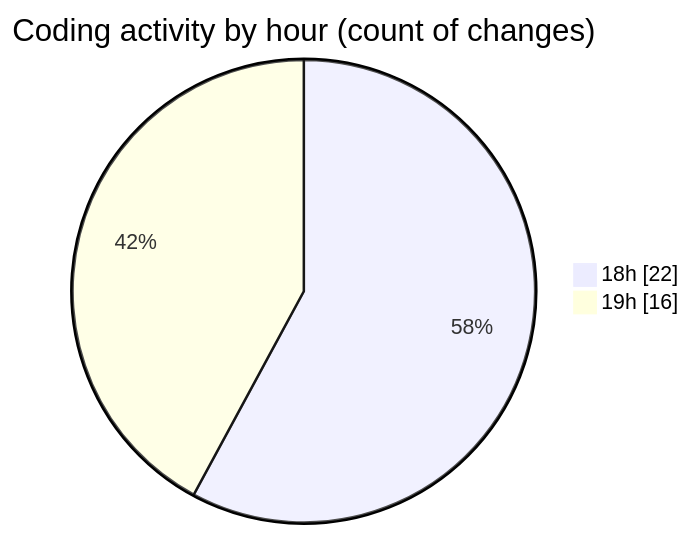
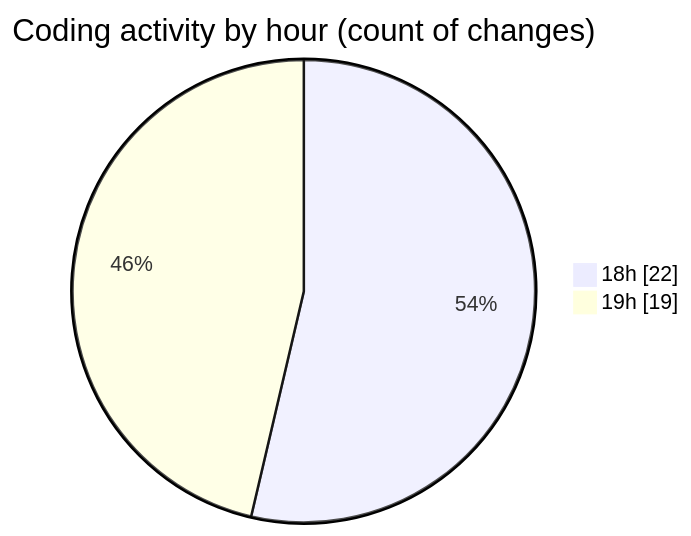
The second of 2 diagrams in 2025-06-13/studio-backend/README.md (idhammustaqopulfikri/code-tracking), drawn with Mermaid before and after one commit. The commit also changed other lines of this file and 1 other file, not shown here.

````diff
--- a/2025-06-13/studio-backend/README.md
+++ b/2025-06-13/studio-backend/README.md
@@ -38,6 +39,6 @@
 ```mermaid
 pie showData
 title Coding activity by hour (count of changes)
 "18h" : 22
-"19h" : 16
+"19h" : 19
 ```
````
